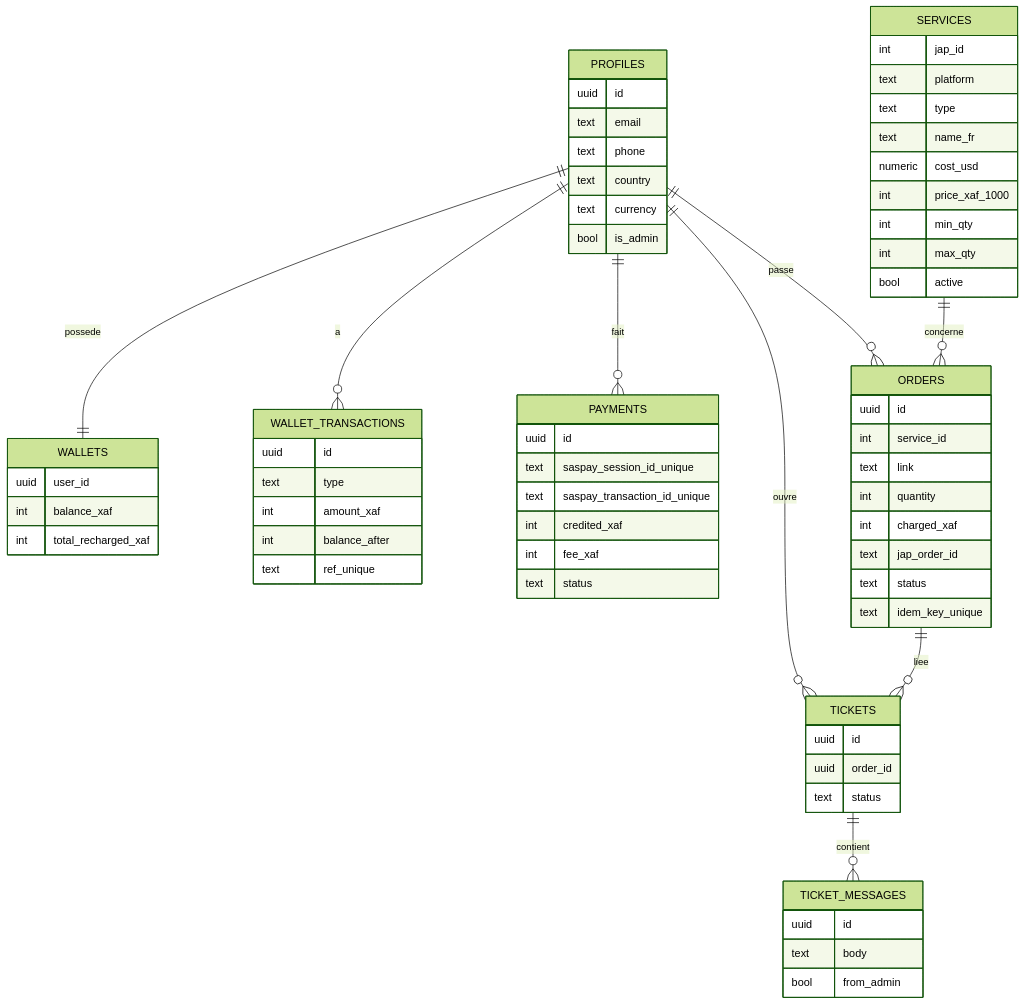
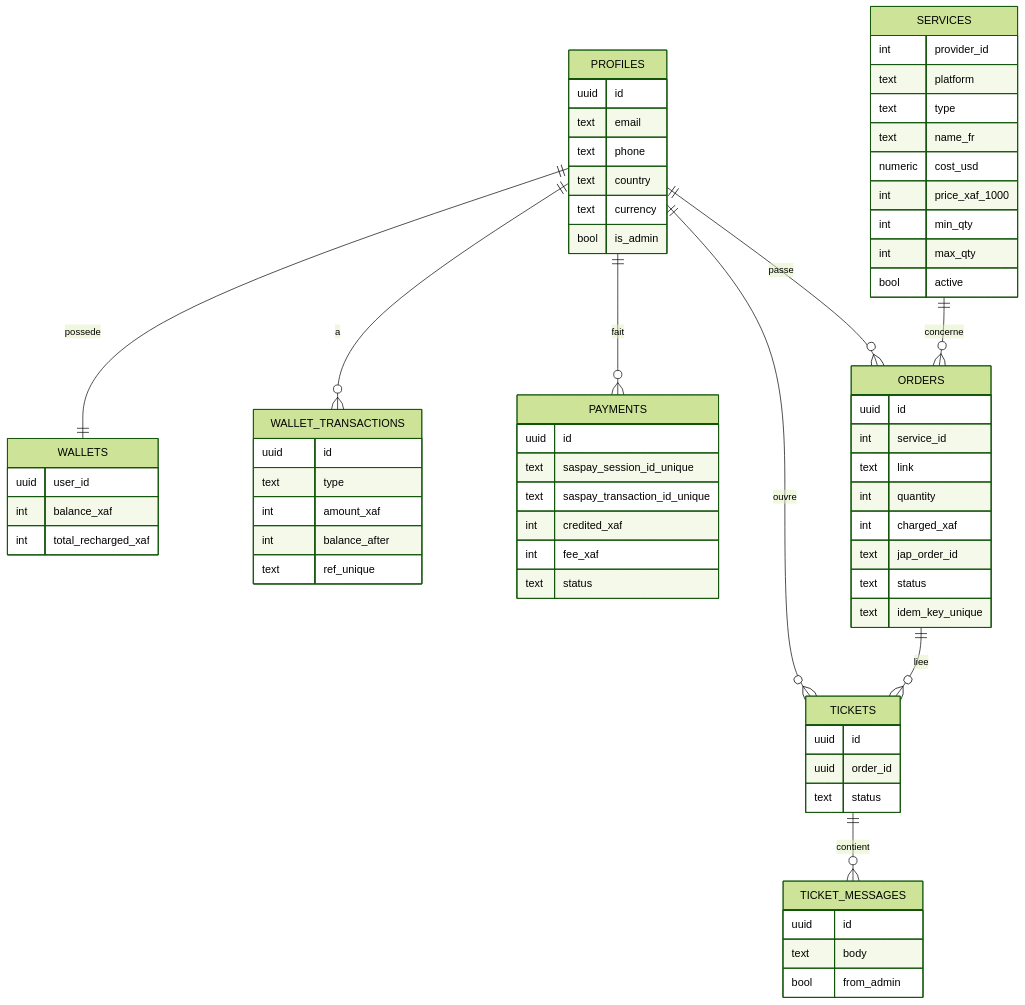
Diagram 12 of 13 in ARCHITECTURE.md (lyon32/lyonpanel), drawn with Mermaid (forest theme) before and after one commit. The commit also changed other lines of this file and 39 other files, not shown here.

````diff
--- a/ARCHITECTURE.md
+++ b/ARCHITECTURE.md
@@ -293,70 +293,70 @@
 ```mermaid
 erDiagram
   PROFILES ||--|| WALLETS : possede
   PROFILES ||--o{ WALLET_TRANSACTIONS : a
   PROFILES ||--o{ PAYMENTS : fait
   PROFILES ||--o{ ORDERS : passe
   PROFILES ||--o{ TICKETS : ouvre
   SERVICES ||--o{ ORDERS : concerne
   ORDERS ||--o{ TICKETS : liee
   TICKETS ||--o{ TICKET_MESSAGES : contient
   PROFILES {
     uuid id
     text email
     text phone
     text country
     text currency
     bool is_admin
   }
   WALLETS {
     uuid user_id
     int balance_xaf
     int total_recharged_xaf
   }
   WALLET_TRANSACTIONS {
     uuid id
     text type
     int amount_xaf
     int balance_after
     text ref_unique
   }
   PAYMENTS {
     uuid id
     text saspay_session_id_unique
     text saspay_transaction_id_unique
     int credited_xaf
     int fee_xaf
     text status
   }
   SERVICES {
-    int jap_id
+    int provider_id
     text platform
     text type
     text name_fr
     numeric cost_usd
     int price_xaf_1000
     int min_qty
     int max_qty
     bool active
   }
   ORDERS {
     uuid id
     int service_id
     text link
     int quantity
     int charged_xaf
     text jap_order_id
     text status
     text idem_key_unique
   }
   TICKETS {
     uuid id
     uuid order_id
     text status
   }
   TICKET_MESSAGES {
     uuid id
     text body
     bool from_admin
   }
 ```
````
